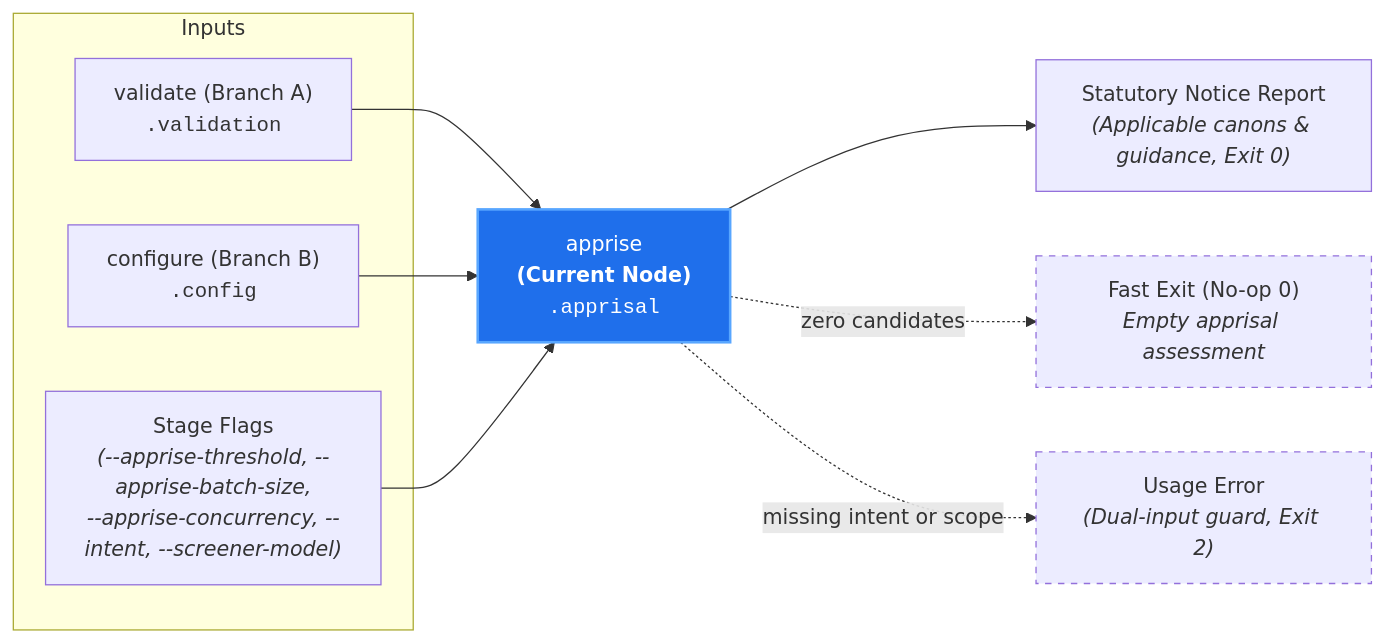
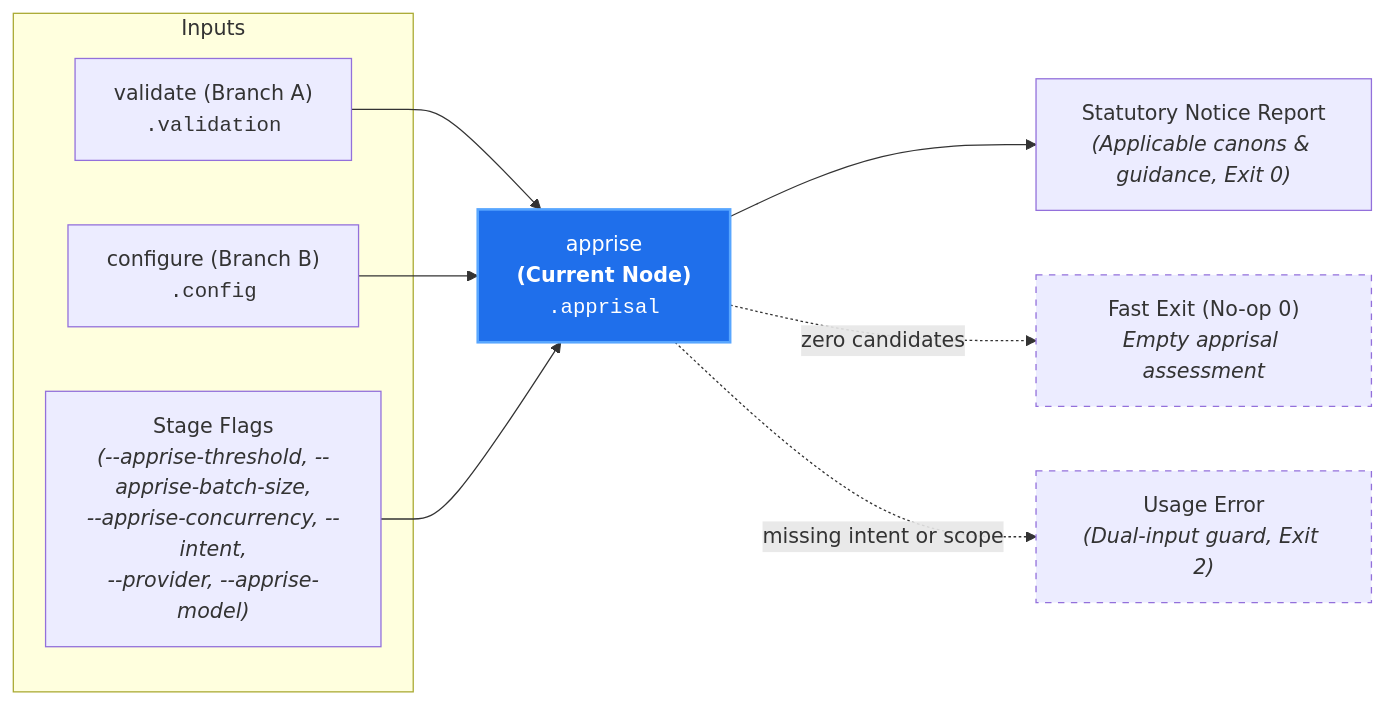
One commit to PAIR-code/canon-clerk changed the diagram in docs/architecture/nodes/apprise.md. Above: the diagram before and after it, drawn with Mermaid. The commit also changed other lines of this file and 82 other files, not shown here.

First line of the commit message:
feat(configuration,core,cli)!: replace screener/auditor tiers with provider- and node-cascaded model configuration (#336) (#337)

````diff
--- a/docs/architecture/nodes/apprise.md
+++ b/docs/architecture/nodes/apprise.md
@@ -24,20 +24,20 @@
 ```mermaid
 flowchart LR
     subgraph Inputs["Inputs"]
         Validate["validate (Branch A)<br/><code>.validation</code>"]
         Config["configure (Branch B)<br/><code>.config</code>"]
-        Params["Stage Flags<br/><i>(--apprise-threshold, --apprise-batch-size,<br/>--apprise-concurrency, --intent, --screener-model)</i>"]
+        Params["Stage Flags<br/><i>(--apprise-threshold, --apprise-batch-size,<br/>--apprise-concurrency, --intent,<br/>--provider, --apprise-model)</i>"]
     end
 
     Validate --> Apprise["apprise<br/><b>(Current Node)</b><br/><code>.apprisal</code>"]
     Config --> Apprise
     Params --> Apprise
 
     Apprise --> Notice["Statutory Notice Report<br/><i>(Applicable canons & guidance, Exit 0)</i>"]
     Apprise -. "zero candidates" .-> EmptyNotice["Fast Exit (No-op 0)<br/><i>Empty apprisal assessment</i>"]
     Apprise -. "missing intent or scope" .-> UsageError["Usage Error<br/><i>(Dual-input guard, Exit 2)</i>"]
 
     style Apprise fill:#1f6feb,stroke:#58a6ff,stroke-width:2px,color:#fff
     style EmptyNotice stroke-dasharray: 5 5
     style UsageError stroke-dasharray: 5 5
 ```
````
